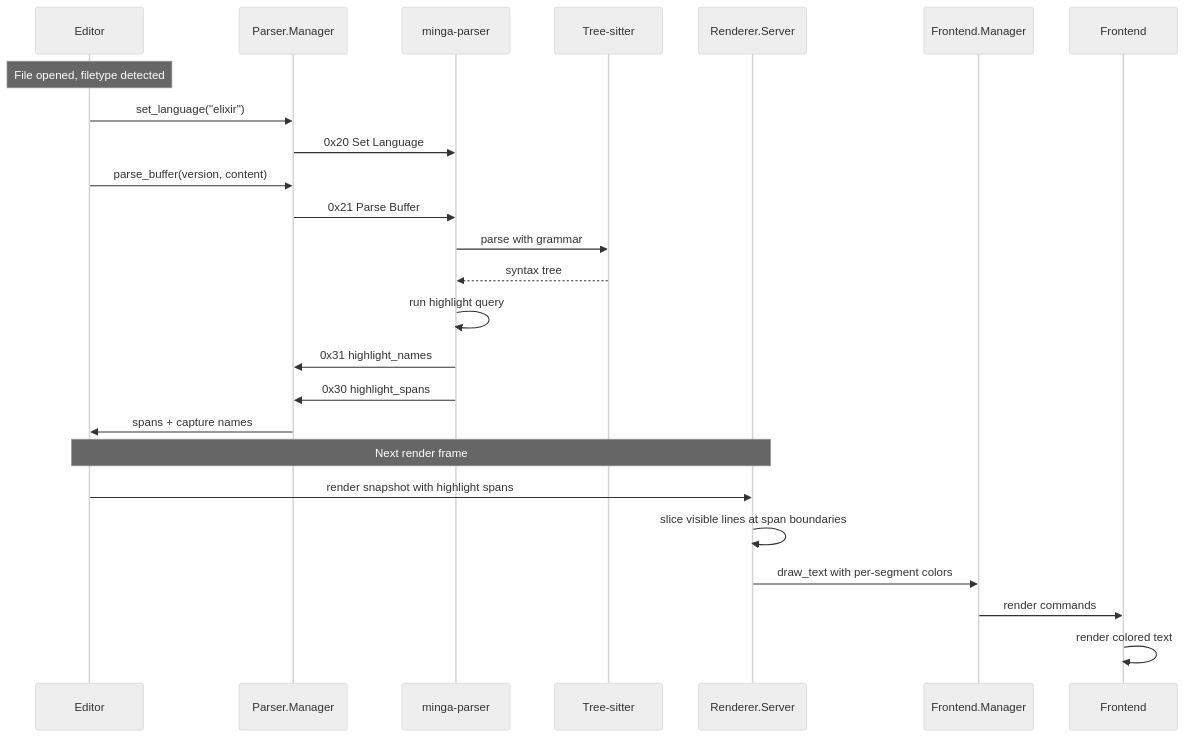
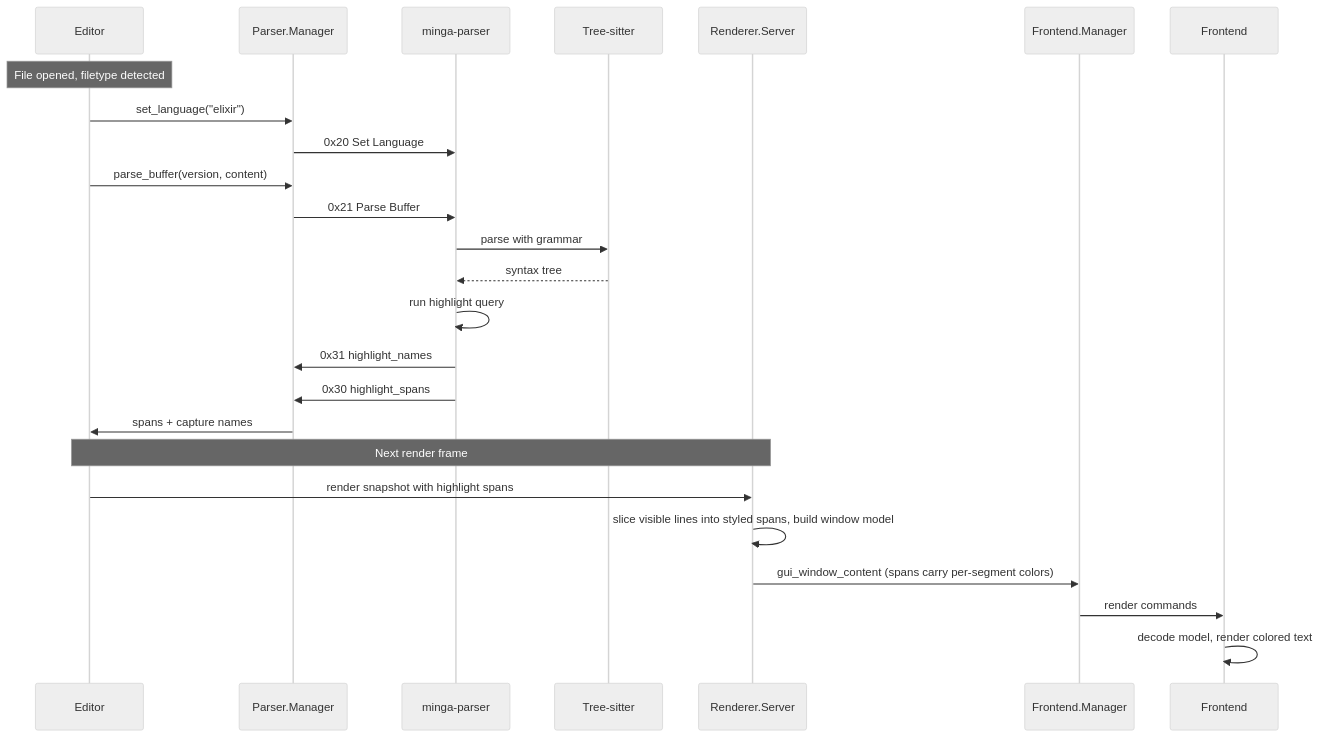
Before and after one commit to jsmestad/minga: the ninth of 10 diagrams in docs/ARCHITECTURE.md, drawn with Mermaid (neutral theme). The commit also changed other lines of this file and 1 other file, not shown here.

First line of the commit message:
docs: ARCHITECTURE.md matches the shipped rendering and latency reality

````diff
--- a/docs/ARCHITECTURE.md
+++ b/docs/ARCHITECTURE.md
@@ -494,31 +558,31 @@
 ```mermaid
 sequenceDiagram
     participant Ed as Editor
     participant Parser as Parser.Manager
     participant Zig as minga-parser
     participant TS as Tree-sitter
     participant Render as Renderer.Server
     participant FM as Frontend.Manager
     participant FE as Frontend
 
     Note over Ed: File opened, filetype detected
     Ed->>Parser: set_language("elixir")
     Parser->>Zig: 0x20 Set Language
 
     Ed->>Parser: parse_buffer(version, content)
     Parser->>Zig: 0x21 Parse Buffer
     Zig->>TS: parse with grammar
     TS-->>Zig: syntax tree
     Zig->>Zig: run highlight query
 
     Zig->>Parser: 0x31 highlight_names
     Zig->>Parser: 0x30 highlight_spans
     Parser->>Ed: spans + capture names
 
     Note over Ed,Render: Next render frame
     Ed->>Render: render snapshot with highlight spans
-    Render->>Render: slice visible lines at span boundaries
-    Render->>FM: draw_text with per-segment colors
+    Render->>Render: slice visible lines into styled spans, build window model
+    Render->>FM: gui_window_content (spans carry per-segment colors)
     FM->>FE: render commands
-    FE->>FE: render colored text
+    FE->>FE: decode model, render colored text
 ```
````
